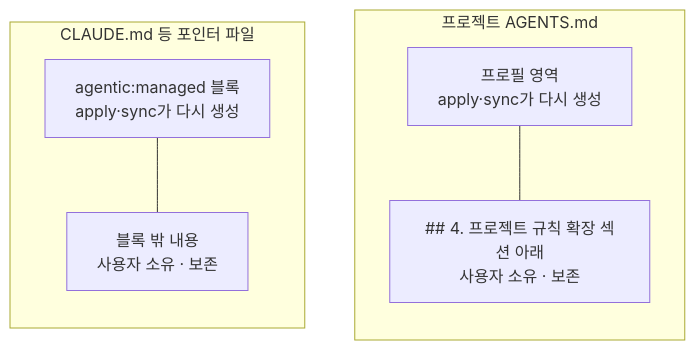
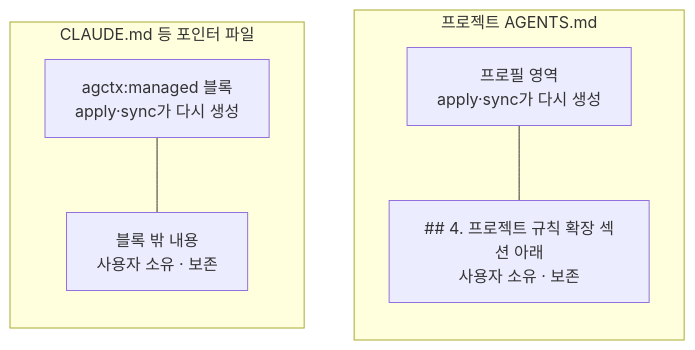
Before and after one commit to IsthisLee/agent-context-manager: the second of 3 diagrams in docs/usage-guide.md, drawn with Mermaid. The commit also changed other lines of this file and 73 other files, not shown here.

````diff
--- a/docs/usage-guide.md
+++ b/docs/usage-guide.md
@@ -107,15 +107,15 @@
 ```mermaid
 flowchart TB
   subgraph AGENTS["프로젝트 AGENTS.md"]
     direction TB
     PROFILE_AREA["프로필 영역<br/>apply·sync가 다시 생성"]
     EXTENSION["## 4. 프로젝트 규칙 확장 섹션 아래<br/>사용자 소유 · 보존"]
     PROFILE_AREA --- EXTENSION
   end
   subgraph POINTER["CLAUDE.md 등 포인터 파일"]
     direction TB
-    BLOCK["agentic:managed 블록<br/>apply·sync가 다시 생성"]
+    BLOCK["agctx:managed 블록<br/>apply·sync가 다시 생성"]
     OUTSIDE["블록 밖 내용<br/>사용자 소유 · 보존"]
     BLOCK --- OUTSIDE
   end
 ```
````
